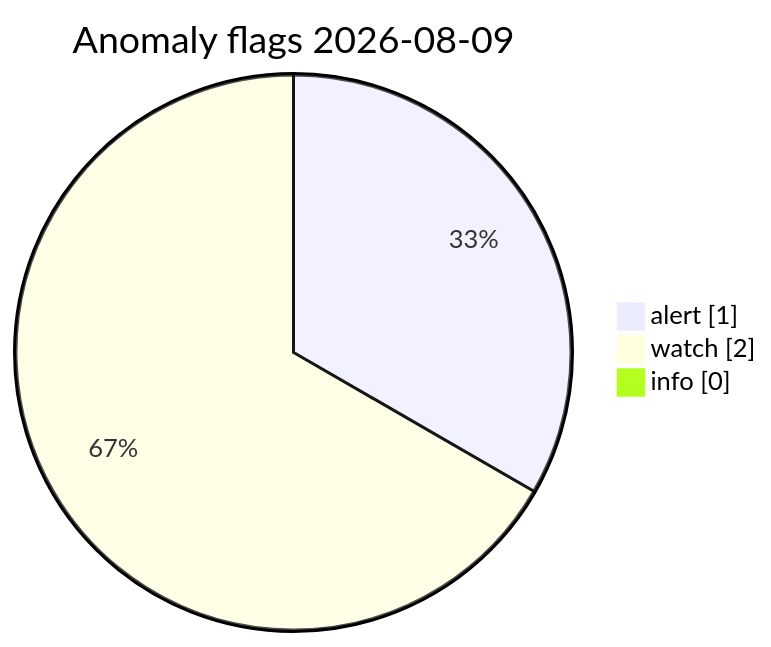
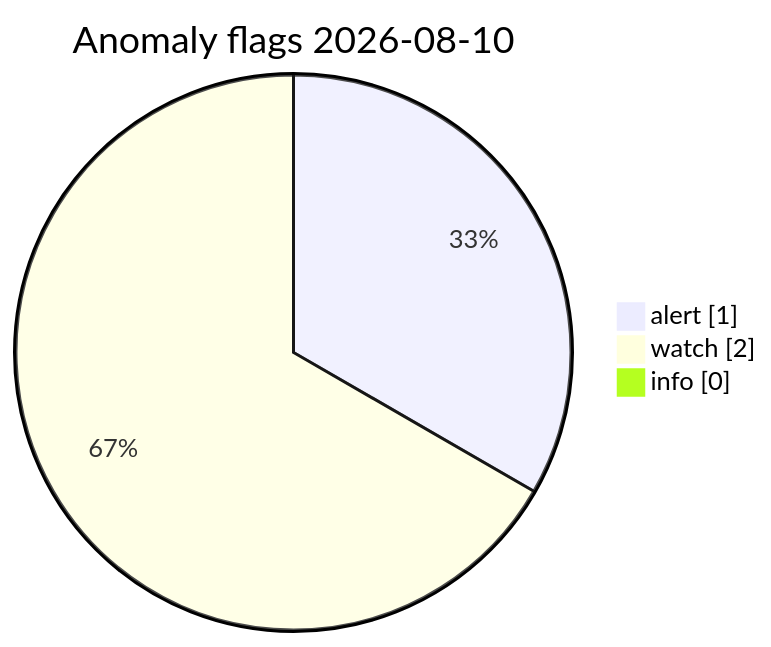
Before and after one commit to Midwest-Stratospheric/Unified-Open-Global-Weather: the diagram in visuals/latest/CHARTS.md, drawn with Mermaid. The commit also changed other lines of this file and 11 other files, not shown here.

Commit message:
data(visuals): automated charts 2026-08-10T10:45Z

````diff
--- a/visuals/latest/CHARTS.md
+++ b/visuals/latest/CHARTS.md
@@ -73,7 +73,7 @@
 ```mermaid
 pie showData
-  title Anomaly flags 2026-08-09
+  title Anomaly flags 2026-08-10
   "alert" : 1
   "watch" : 2
   "info" : 0
 ```
````
